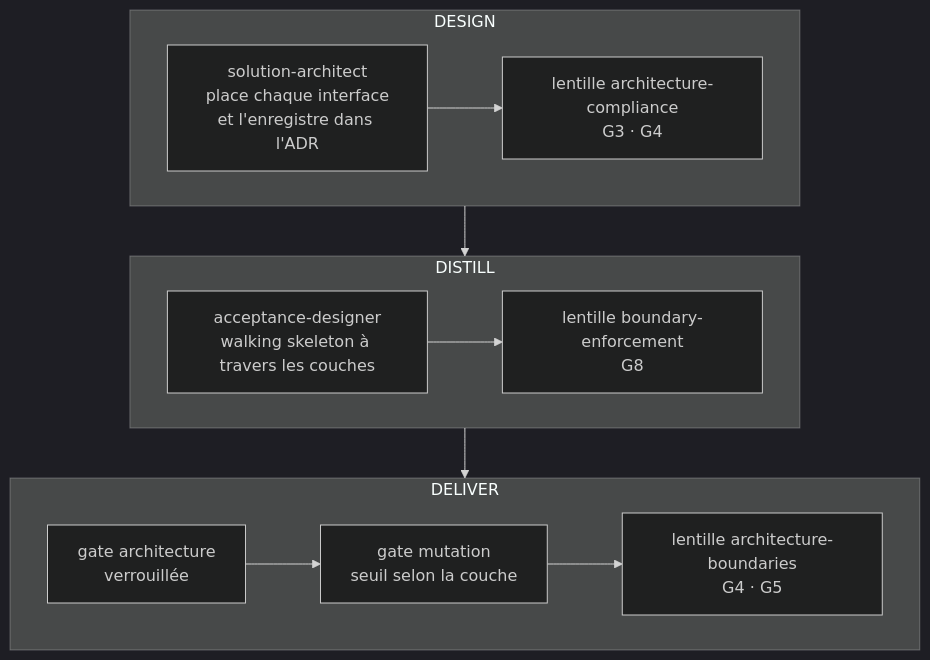
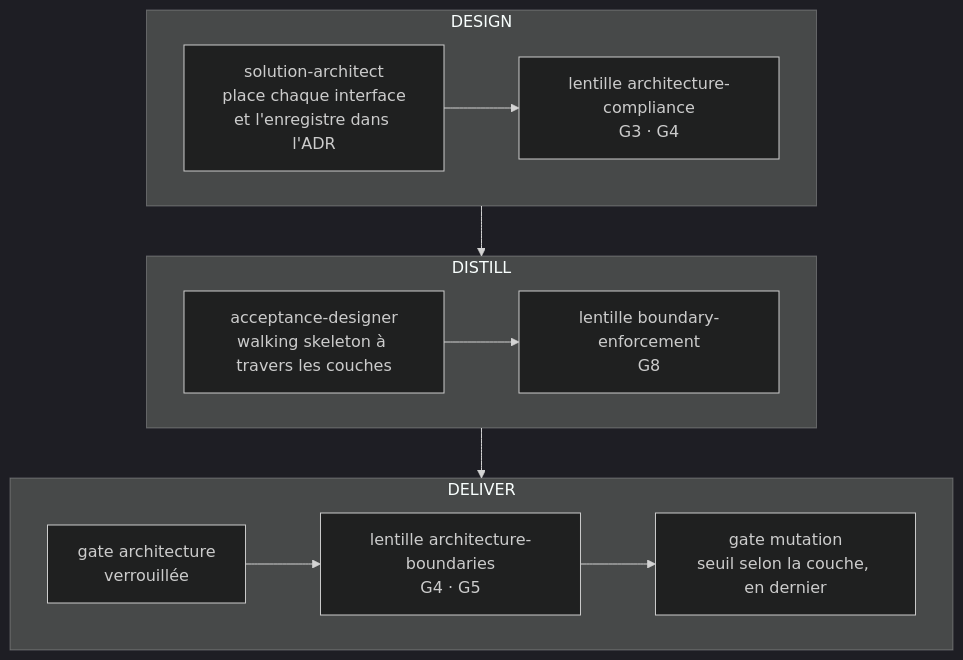
The second of 2 diagrams in docs/site/fr/explanation/clean-architecture.md (SebastienDegodez/skraft-plugin), drawn with Mermaid (dark theme) before and after one commit. The commit also changed 15 other files, not shown here.

````diff
--- a/docs/site/fr/explanation/clean-architecture.md
+++ b/docs/site/fr/explanation/clean-architecture.md
@@ -93,16 +93,16 @@
 ```mermaid
 flowchart TB
     subgraph DES["DESIGN"]
         direction LR
         A1["solution-architect<br/>place chaque interface<br/>et l'enregistre dans l'ADR"] --> A2["lentille architecture-compliance<br/>G3 · G4"]
     end
     subgraph DIS["DISTILL"]
         direction LR
         B1["acceptance-designer<br/>walking skeleton à travers les couches"] --> B2["lentille boundary-enforcement<br/>G8"]
     end
     subgraph DEL["DELIVER"]
         direction LR
-        C1["gate architecture<br/>verrouillée"] --> C2["gate mutation<br/>seuil selon la couche"] --> C3["lentille architecture-boundaries<br/>G4 · G5"]
+        C1["gate architecture<br/>verrouillée"] --> C3["lentille architecture-boundaries<br/>G4 · G5"] --> C2["gate mutation<br/>seuil selon la couche, en dernier"]
     end
     DES --> DIS --> DEL
 ```
````
